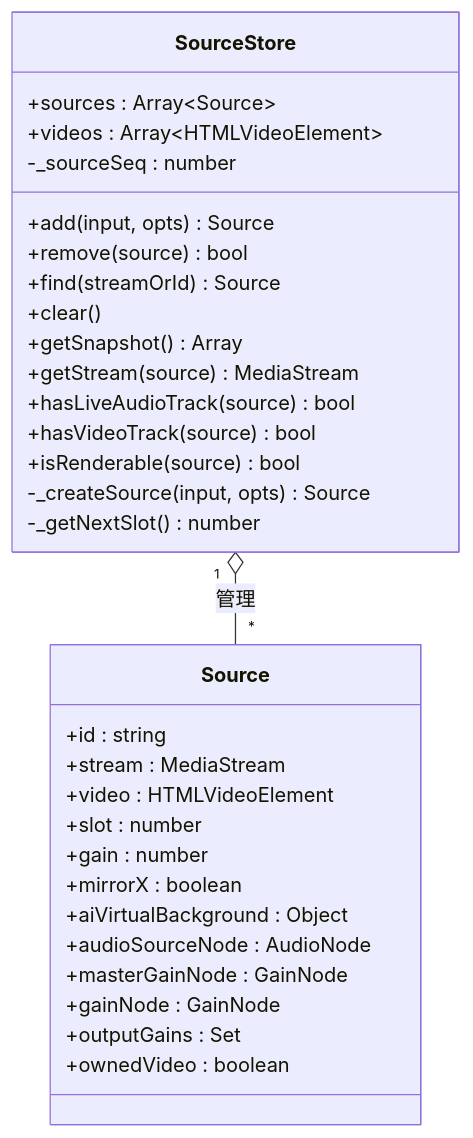
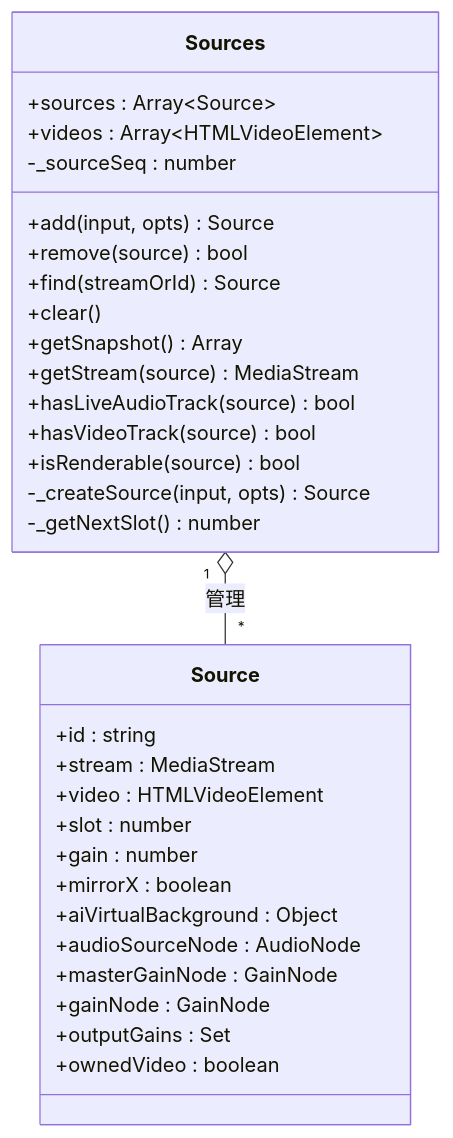
One commit to lei40251/JsSIP changed diagram 15 of 19 in docs/MediaEffectsComposer-学习手册.md. Above: the diagram before and after it, drawn with Mermaid. The commit also changed other lines of this file and 72 other files, not shown here.

````diff
--- a/docs/MediaEffectsComposer-学习手册.md
+++ b/docs/MediaEffectsComposer-学习手册.md
@@ -763,36 +749,36 @@
 ```mermaid
 classDiagram
-    class SourceStore {
+    class Sources {
         +sources : Array~Source~
         +videos : Array~HTMLVideoElement~
         -_sourceSeq : number
         +add(input, opts) Source
         +remove(source) bool
         +find(streamOrId) Source
         +clear()
         +getSnapshot() Array
         +getStream(source) MediaStream
         +hasLiveAudioTrack(source) bool
         +hasVideoTrack(source) bool
         +isRenderable(source) bool
         -_createSource(input, opts) Source
         -_getNextSlot() number
     }
 
     class Source {
         +id : string
         +stream : MediaStream
         +video : HTMLVideoElement
         +slot : number
         +gain : number
         +mirrorX : boolean
         +aiVirtualBackground : Object
         +audioSourceNode : AudioNode
         +masterGainNode : GainNode
         +gainNode : GainNode
         +outputGains : Set
         +ownedVideo : boolean
     }
 
-    SourceStore "1" o-- "*" Source : 管理
+    Sources "1" o-- "*" Source : 管理
 ```
````
